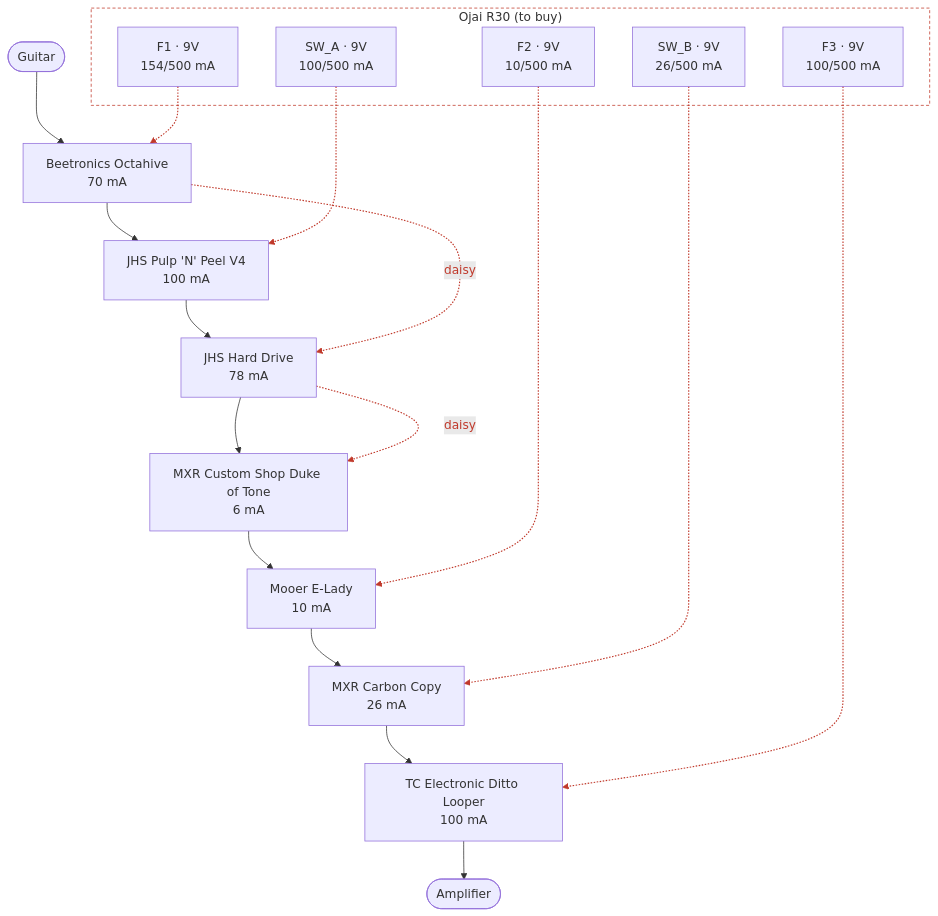
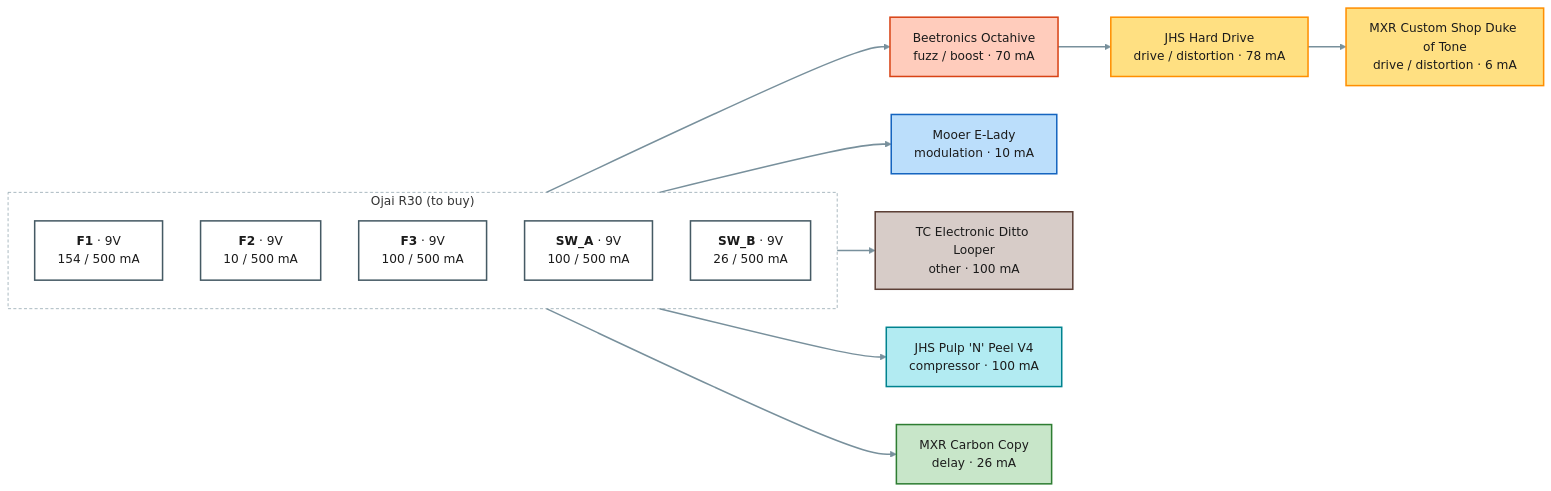
One commit to pedroacvieira/pedalboard changed the second of 2 diagrams in projects/guitar-practice/README.md. Above: the diagram before and after it, drawn with Mermaid. The commit also changed other lines of this file and 14 other files, not shown here.

First line of the commit message:
Split README diagrams and add the bass project

````diff
--- a/projects/guitar-practice/README.md
+++ b/projects/guitar-practice/README.md
@@ -11,36 +69,36 @@
 ```mermaid
-flowchart TB
-    guitar(["Guitar"])
-    amp(["Amplifier"])
-    octahive["Beetronics Octahive<br/>70 mA"]
-    jhs_pulp_n_peel_v4["JHS Pulp 'N' Peel V4<br/>100 mA"]
-    jhs_hard_drive["JHS Hard Drive<br/>78 mA"]
-    duke_of_tone["MXR Custom Shop Duke of Tone<br/>6 mA"]
-    e_lady["Mooer E-Lady<br/>10 mA"]
-    carbon_copy["MXR Carbon Copy<br/>26 mA"]
-    ditto_looper["TC Electronic Ditto Looper<br/>100 mA"]
-    guitar --> octahive
-    octahive --> jhs_pulp_n_peel_v4
-    jhs_pulp_n_peel_v4 --> jhs_hard_drive
+flowchart LR
+    subgraph psu1["Ojai R30 (to buy)"]
+        direction TB
+        psu1_F1["<b>F1</b> · 9V<br/>154 / 500 mA"]:::out9
+        psu1_F2["<b>F2</b> · 9V<br/>10 / 500 mA"]:::out9
+        psu1_F3["<b>F3</b> · 9V<br/>100 / 500 mA"]:::out9
+        psu1_SW_A["<b>SW_A</b> · 9V<br/>100 / 500 mA"]:::out9
+        psu1_SW_B["<b>SW_B</b> · 9V<br/>26 / 500 mA"]:::out9
+    end
+    octahive["Beetronics Octahive<br/>fuzz / boost · 70 mA"]:::c_fuzz___boost
+    jhs_hard_drive["JHS Hard Drive<br/>drive / distortion · 78 mA"]:::c_drive___distortion
+    duke_of_tone["MXR Custom Shop Duke of Tone<br/>drive / distortion · 6 mA"]:::c_drive___distortion
+    e_lady["Mooer E-Lady<br/>modulation · 10 mA"]:::c_modulation
+    ditto_looper["TC Electronic Ditto Looper<br/>other · 100 mA"]:::c_other
+    jhs_pulp_n_peel_v4["JHS Pulp 'N' Peel V4<br/>compressor · 100 mA"]:::c_compressor
+    carbon_copy["MXR Carbon Copy<br/>delay · 26 mA"]:::c_delay
+    psu1_F1 --> octahive
+    octahive --> jhs_hard_drive
     jhs_hard_drive --> duke_of_tone
-    duke_of_tone --> e_lady
-    e_lady --> carbon_copy
-    carbon_copy --> ditto_looper
-    ditto_looper --> amp
-    subgraph psu1["Ojai R30 (to buy)"]
-        psu1_F1["F1 · 9V<br/>154/500 mA"]
-        psu1_F2["F2 · 9V<br/>10/500 mA"]
-        psu1_F3["F3 · 9V<br/>100/500 mA"]
-        psu1_SW_A["SW_A · 9V<br/>100/500 mA"]
-        psu1_SW_B["SW_B · 9V<br/>26/500 mA"]
-    end
-    psu1_F1 -.-> octahive
-    octahive -.->|daisy| jhs_hard_drive
-    jhs_hard_drive -.->|daisy| duke_of_tone
-    psu1_F2 -.-> e_lady
-    psu1_F3 -.-> ditto_looper
-    psu1_SW_A -.-> jhs_pulp_n_peel_v4
-    psu1_SW_B -.-> carbon_copy
-    linkStyle 8,9,10,11,12,13,14 stroke:#c0392b,stroke-width:1.5px,color:#c0392b
-    style psu1 fill:none,stroke:#c0392b,stroke-dasharray:4 3
+    psu1_F2 --> e_lady
+    psu1_F3 --> ditto_looper
+    psu1_SW_A --> jhs_pulp_n_peel_v4
+    psu1_SW_B --> carbon_copy
+    classDef out9 fill:#ffffff,stroke:#455a64,stroke-width:2px,color:#1b1b1b
+    classDef out18 fill:#ffffff,stroke:#d84315,stroke-width:3px,color:#1b1b1b
+    classDef spare fill:#fafafa,stroke:#9e9e9e,stroke-dasharray:4 3,color:#757575
+    classDef c_compressor fill:#b2ebf2,stroke:#00838f,stroke-width:2px,color:#1b1b1b
+    classDef c_fuzz___boost fill:#ffccbc,stroke:#d84315,stroke-width:2px,color:#1b1b1b
+    classDef c_drive___distortion fill:#ffe082,stroke:#ff8f00,stroke-width:2px,color:#1b1b1b
+    classDef c_modulation fill:#bbdefb,stroke:#1565c0,stroke-width:2px,color:#1b1b1b
+    classDef c_delay fill:#c8e6c9,stroke:#2e7d32,stroke-width:2px,color:#1b1b1b
+    classDef c_other fill:#d7ccc8,stroke:#5d4037,stroke-width:2px,color:#1b1b1b
+    style psu1 fill:none,stroke:#90a4ae,stroke-dasharray:4 3
+    linkStyle default stroke:#78909c,stroke-width:2px
 ```
````
